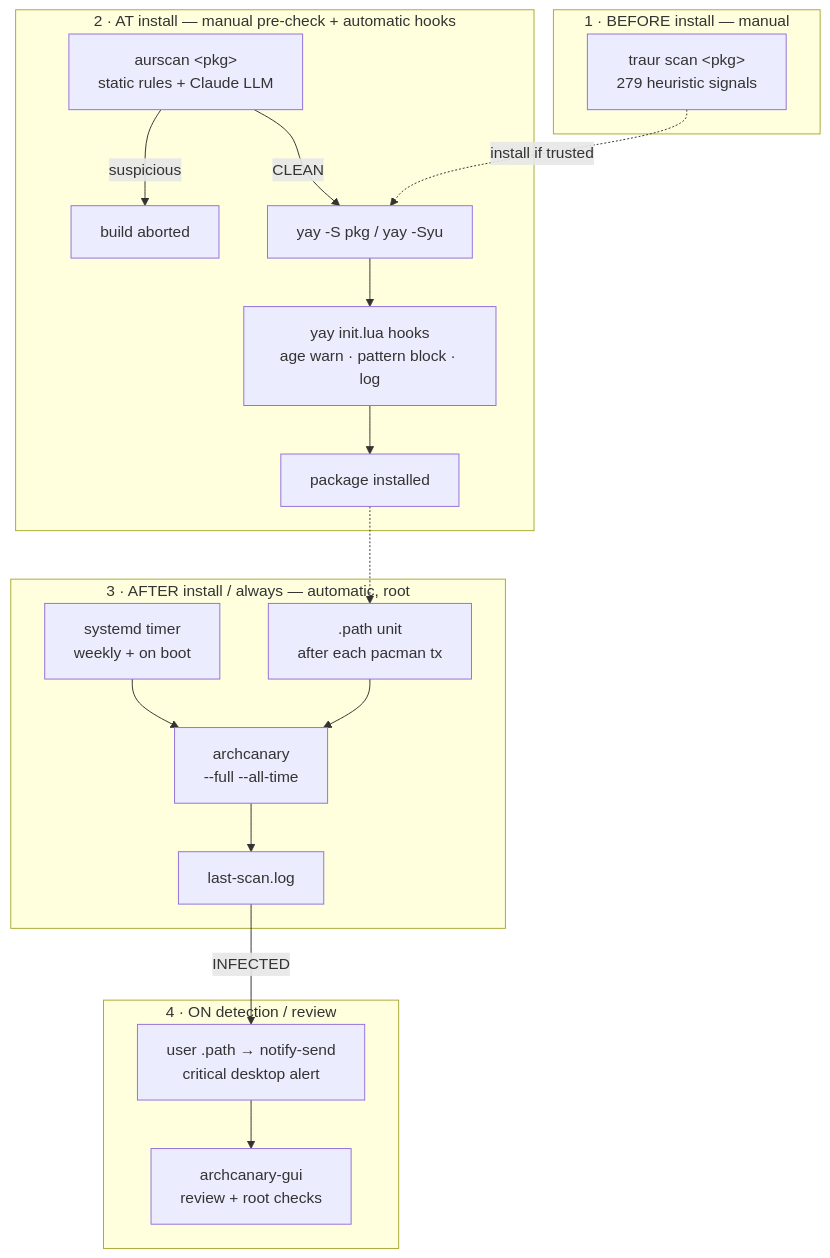
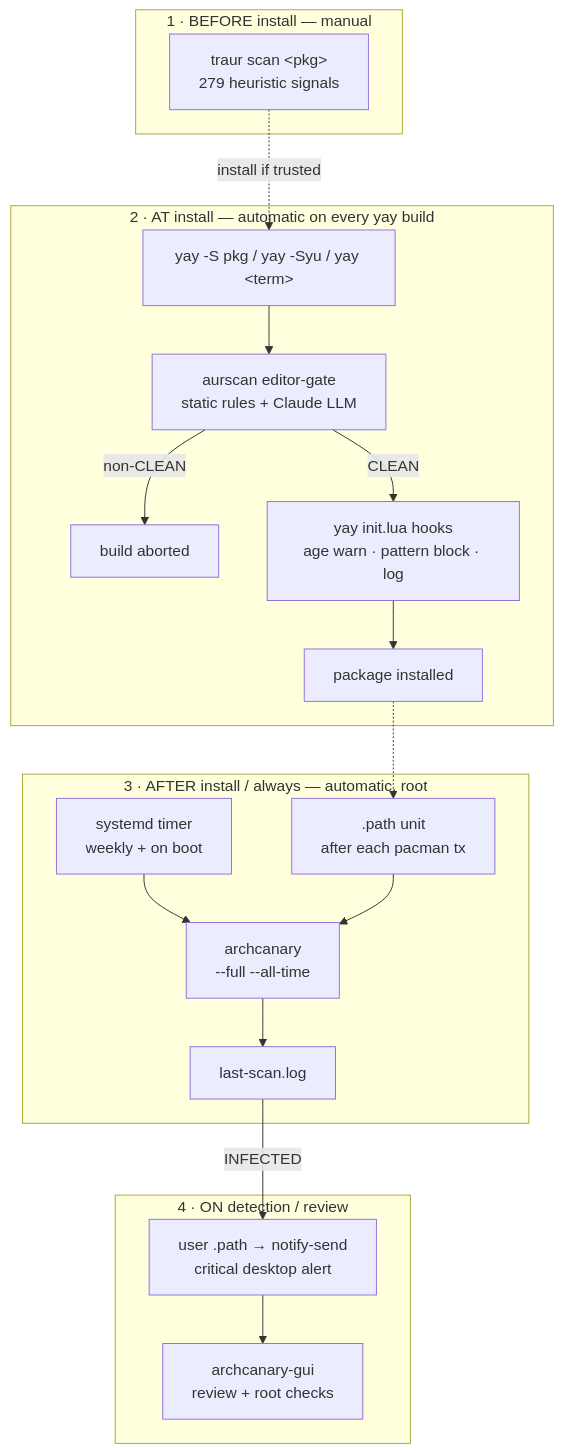
The diagram in docs/overview.md (musqz/archcanary), drawn with Mermaid before and after one commit. The commit also changed other lines of this file and 6 other files, not shown here.

First line of the commit message:
docs: document aurscan editor-gate; fix stale counts and refs

````diff
--- a/docs/overview.md
+++ b/docs/overview.md
@@ -10,27 +10,27 @@
 ```mermaid
 flowchart TD
     subgraph PRE["1 · BEFORE install — manual"]
         T["traur scan &lt;pkg&gt;<br/>279 heuristic signals"]
     end
 
-    subgraph AT["2 · AT install — manual pre-check + automatic hooks"]
-        AS["aurscan &lt;pkg&gt;<br/>static rules + Claude LLM"] -->|suspicious| AB["build aborted"]
-        AS -->|CLEAN| U["yay -S pkg / yay -Syu"]
-        U --> LUA["yay init.lua hooks<br/>age warn · pattern block · log"]
+    subgraph AT["2 · AT install — automatic on every yay build"]
+        U["yay -S pkg / yay -Syu / yay &lt;term&gt;"] --> GATE["aurscan editor-gate<br/>static rules + Claude LLM"]
+        GATE -->|non-CLEAN| AB["build aborted"]
+        GATE -->|CLEAN| LUA["yay init.lua hooks<br/>age warn · pattern block · log"]
         LUA --> OK["package installed"]
     end
 
     subgraph AFTER["3 · AFTER install / always — automatic, root"]
         TIM["systemd timer<br/>weekly + on boot"] --> SCAN["archcanary<br/>--full --all-time"]
         PTH[".path unit<br/>after each pacman tx"] --> SCAN
         SCAN --> LOG["last-scan.log"]
     end
 
     subgraph ALERT["4 · ON detection / review"]
         LOG -->|INFECTED| NOT["user .path → notify-send<br/>critical desktop alert"]
         NOT --> GUI["archcanary-gui<br/>review + root checks"]
     end
 
     T -.->|install if trusted| U
     OK -.-> PTH
 ```
````
